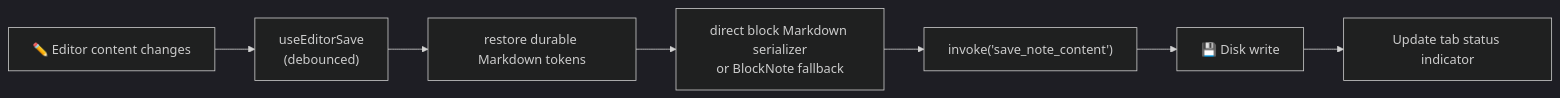
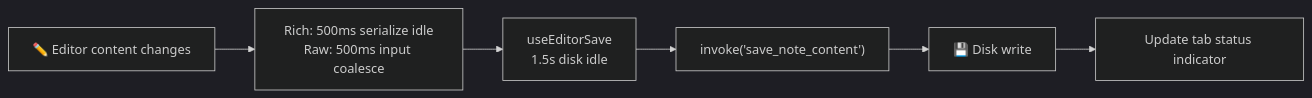
One commit to 767560479/tolaria changed the sixth of 8 diagrams in docs/ARCHITECTURE.md. Above: the diagram before and after it, drawn with Mermaid (dark theme). The commit also changed other lines of this file and 7 other files, not shown here.

First line of the commit message:
feat: shorten rich-editor serialize idle to 500ms

````diff
--- a/docs/ARCHITECTURE.md
+++ b/docs/ARCHITECTURE.md
@@ -552,9 +552,8 @@
 ```mermaid
 flowchart LR
-    A["✏️ Editor content changes"] --> B["useEditorSave\n(debounced)"]
-    B --> C["restore durable Markdown tokens"]
-    C --> D["direct block Markdown serializer\nor BlockNote fallback"]
-    D --> E["invoke('save_note_content')"]
+    A["✏️ Editor content changes"] --> S["Rich: 500ms serialize idle\nRaw: 500ms input coalesce"]
+    S --> B["useEditorSave\n1.5s disk idle"]
+    B --> E["invoke('save_note_content')"]
     E --> F["💾 Disk write"]
     F --> G["Update tab status indicator"]
 ```
````
